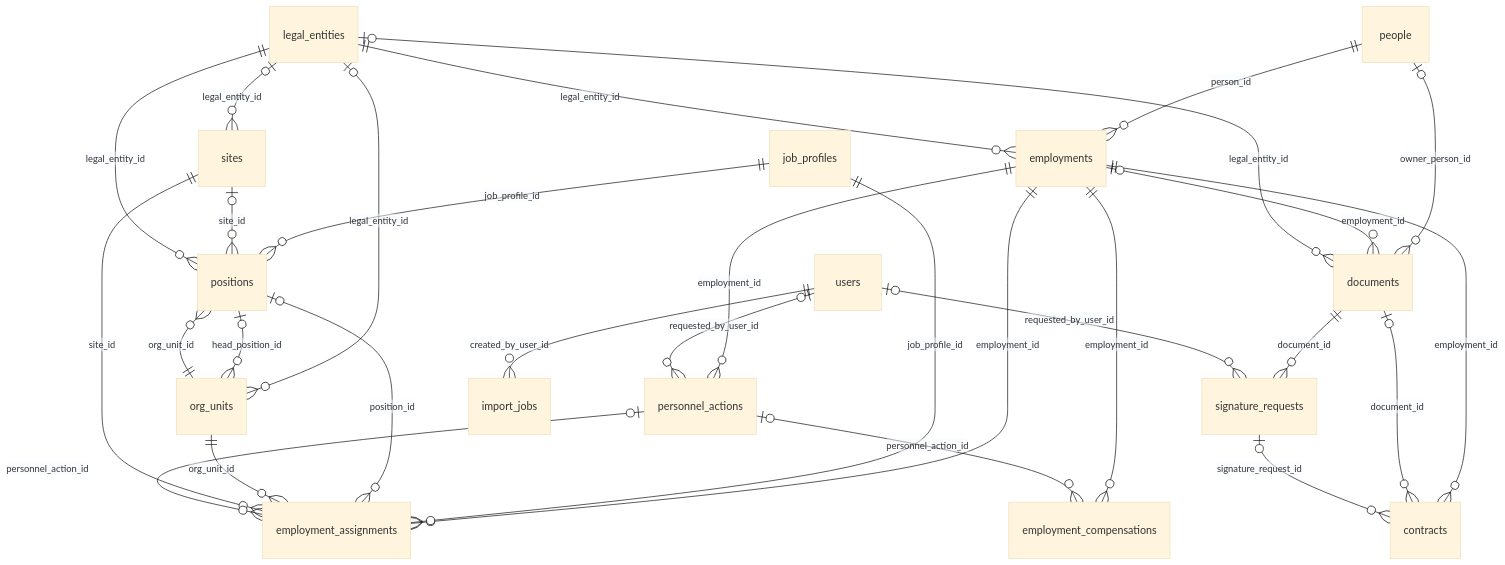
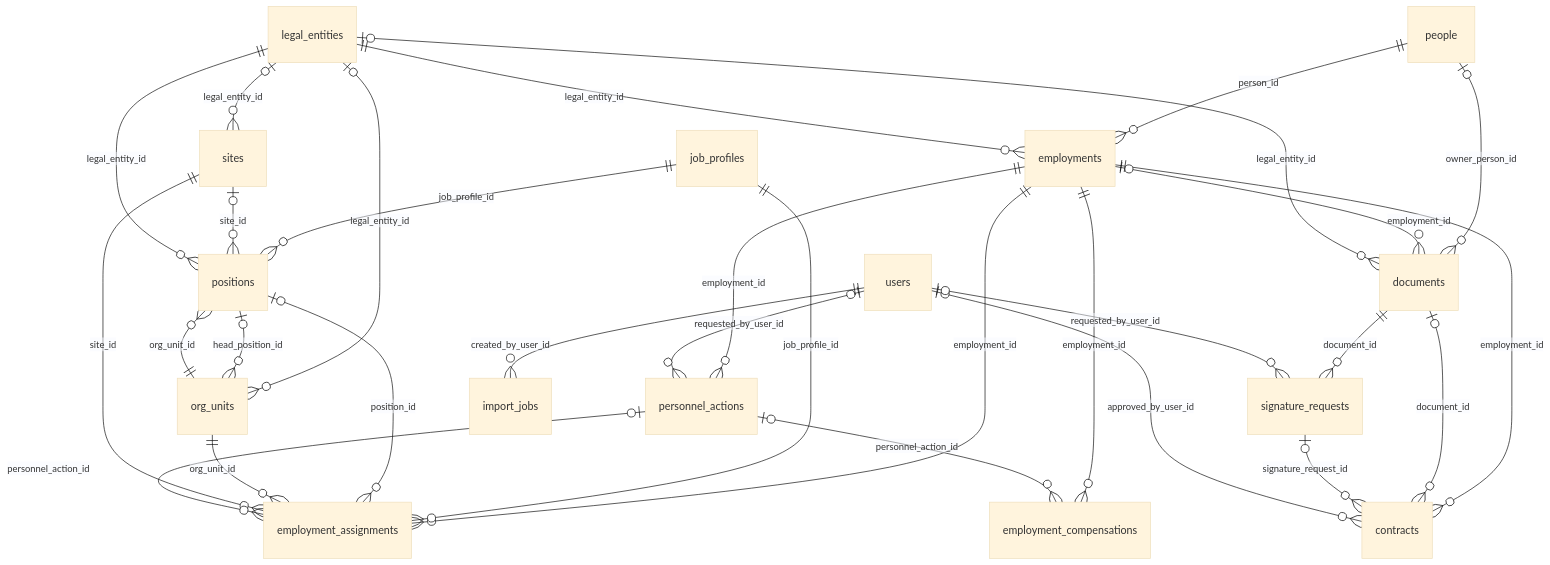
Before and after one commit to intelectalab/RRHH: the second of 10 diagrams in kit/docs/04-modelo-de-datos.md, drawn with Mermaid (base theme). The commit also changed other lines of this file and 44 other files, not shown here.

````diff
--- a/kit/docs/04-modelo-de-datos.md
+++ b/kit/docs/04-modelo-de-datos.md
@@ -1076,31 +1082,32 @@
 ```mermaid
 erDiagram
   legal_entities |o--o{ sites : "legal_entity_id"
   legal_entities |o--o{ org_units : "legal_entity_id"
   positions |o--o{ org_units : "head_position_id"
   job_profiles ||--o{ positions : "job_profile_id"
   org_units ||--o{ positions : "org_unit_id"
   sites |o--o{ positions : "site_id"
   legal_entities ||--o{ positions : "legal_entity_id"
   people ||--o{ employments : "person_id"
   legal_entities ||--o{ employments : "legal_entity_id"
   employments ||--o{ personnel_actions : "employment_id"
   users |o--o{ personnel_actions : "requested_by_user_id"
   employments ||--o{ employment_assignments : "employment_id"
   job_profiles ||--o{ employment_assignments : "job_profile_id"
   positions |o--o{ employment_assignments : "position_id"
   org_units ||--o{ employment_assignments : "org_unit_id"
   sites ||--o{ employment_assignments : "site_id"
   personnel_actions |o--o{ employment_assignments : "personnel_action_id"
   employments ||--o{ employment_compensations : "employment_id"
   personnel_actions |o--o{ employment_compensations : "personnel_action_id"
   employments ||--o{ contracts : "employment_id"
   documents |o--o{ contracts : "document_id"
   signature_requests |o--o{ contracts : "signature_request_id"
+  users |o--o{ contracts : "approved_by_user_id"
   people |o--o{ documents : "owner_person_id"
   employments |o--o{ documents : "employment_id"
   legal_entities |o--o{ documents : "legal_entity_id"
   documents ||--o{ signature_requests : "document_id"
   users |o--o{ signature_requests : "requested_by_user_id"
   users ||--o{ import_jobs : "created_by_user_id"
 ```
````
